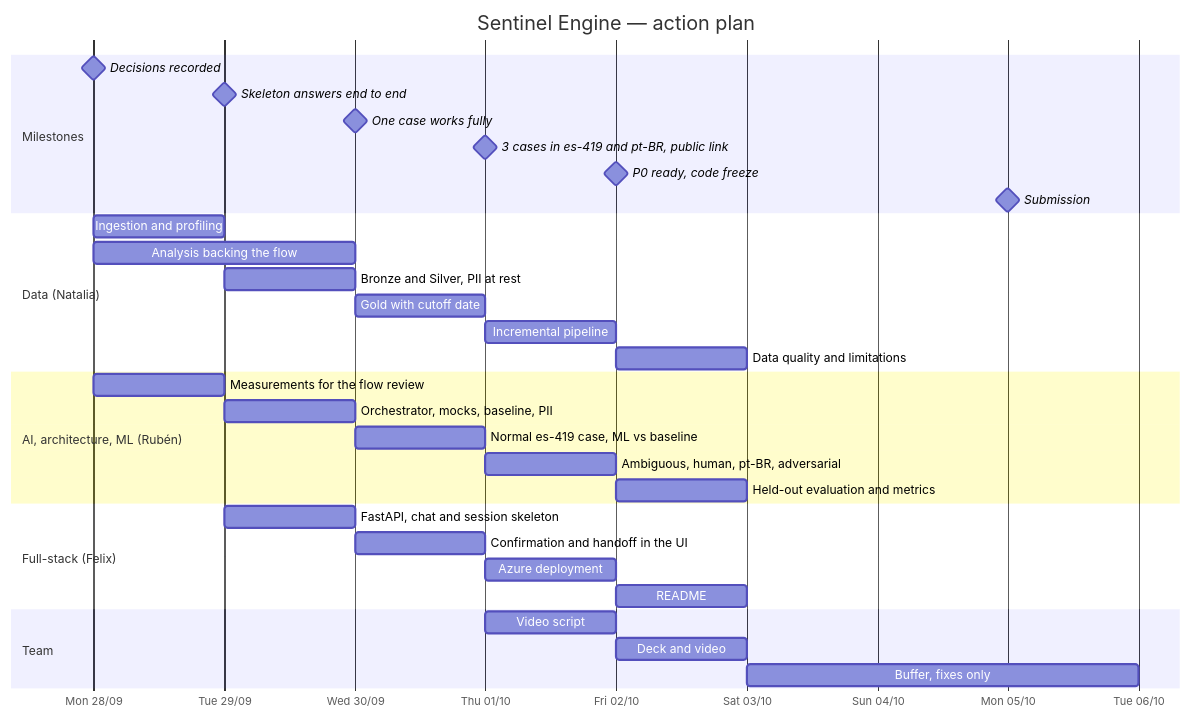
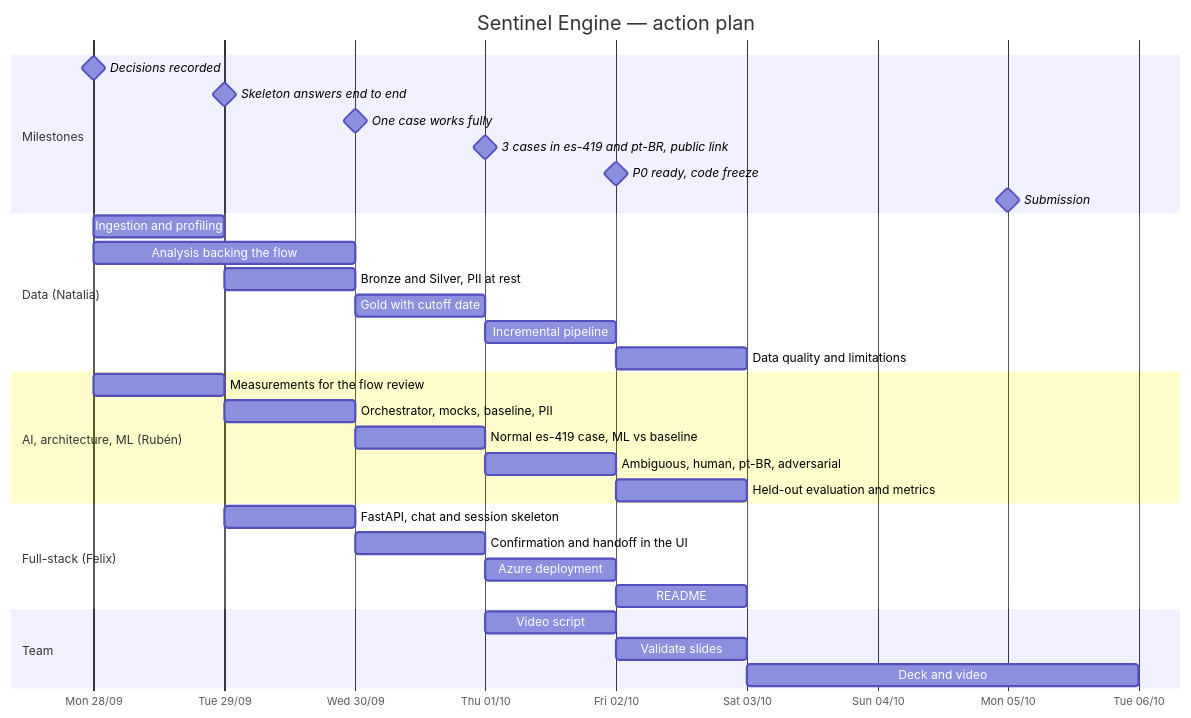
One commit to rdorta27/factored-hackathon-2026-sentinel-engine changed the fifth of 5 diagrams in docs/build/architecture-roadmap.md. Above: the diagram before and after it, drawn with Mermaid. The commit also changed other lines of this file and 8 other files, not shown here.

First line of the commit message:
docs: close working-method decisions and confirm the disputes flow

````diff
--- a/docs/build/architecture-roadmap.md
+++ b/docs/build/architecture-roadmap.md
@@ -126,37 +126,37 @@
 ```mermaid
 gantt
     title Sentinel Engine — action plan
     dateFormat YYYY-MM-DD
     axisFormat %a %d/%m
     tickInterval 1day
     todayMarker off
     section Milestones
     Decisions recorded                     :milestone, m1, 2026-09-28, 0d
     Skeleton answers end to end            :milestone, m2, 2026-09-29, 0d
     One case works fully                   :milestone, m3, 2026-09-30, 0d
     3 cases in es-419 and pt-BR, public link      :milestone, m4, 2026-10-01, 0d
     P0 ready, code freeze                  :milestone, m5, 2026-10-02, 0d
     Submission                             :milestone, m6, 2026-10-05, 0d
     section Data (Natalia)
     Ingestion and profiling                :2026-09-28, 1d
     Analysis backing the flow              :2026-09-28, 2d
     Bronze and Silver, PII at rest         :2026-09-29, 1d
     Gold with cutoff date                  :2026-09-30, 1d
     Incremental pipeline                   :2026-10-01, 1d
     Data quality and limitations           :2026-10-02, 1d
     section AI, architecture, ML (Rubén)
     Measurements for the flow review       :2026-09-28, 1d
     Orchestrator, mocks, baseline, PII     :2026-09-29, 1d
     Normal es-419 case, ML vs baseline         :2026-09-30, 1d
     Ambiguous, human, pt-BR, adversarial   :2026-10-01, 1d
     Held-out evaluation and metrics        :2026-10-02, 1d
     section Full-stack (Felix)
     FastAPI, chat and session skeleton     :2026-09-29, 1d
     Confirmation and handoff in the UI     :2026-09-30, 1d
     Azure deployment                       :2026-10-01, 1d
     README                                 :2026-10-02, 1d
     section Team
     Video script                           :2026-10-01, 1d
-    Deck and video                         :2026-10-02, 1d
-    Buffer, fixes only                     :2026-10-03, 3d
+    Validate slides                        :2026-10-02, 1d
+    Deck and video                         :2026-10-03, 3d
 ```
````
